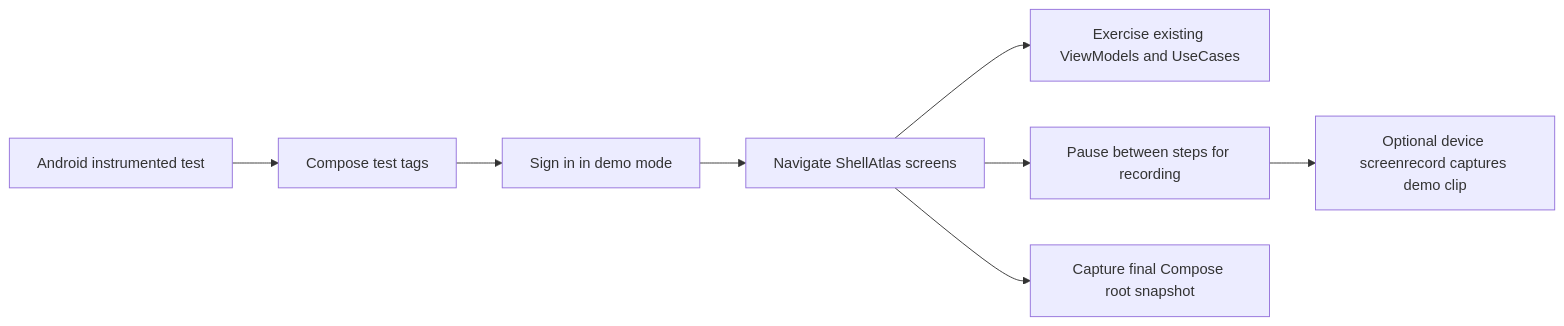
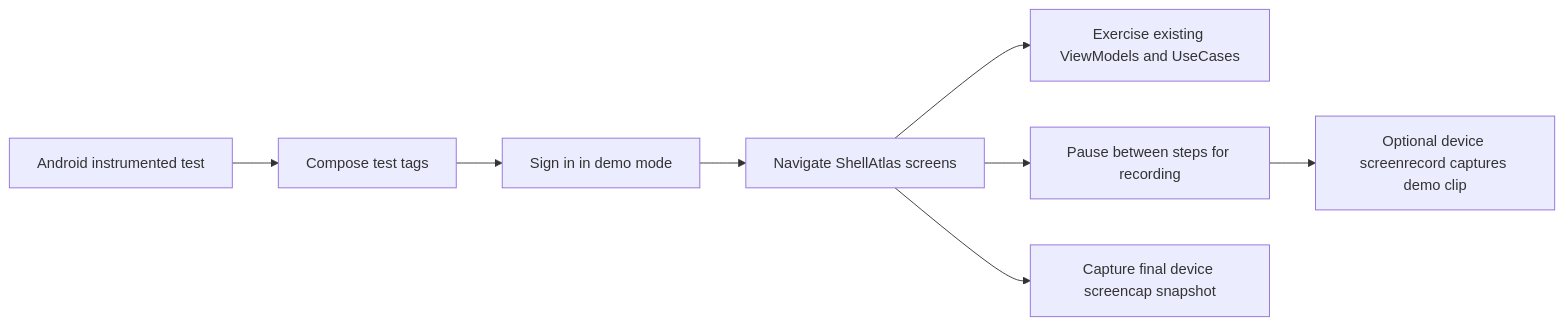
One commit to normansanchezn/ShellAtlas-Doc changed the diagram in obsidian-vault/08-diagrams/Android Demo Test Flow.md. Above: the diagram before and after it, drawn with Mermaid. The commit also changed other lines of this file and 26 other files, not shown here.

````diff
--- a/obsidian-vault/08-diagrams/Android Demo Test Flow.md
+++ b/obsidian-vault/08-diagrams/Android Demo Test Flow.md
@@ -19,10 +19,10 @@
 ```mermaid
 flowchart LR
     A["Android instrumented test"] --> B["Compose test tags"]
     B --> C["Sign in in demo mode"]
     C --> D["Navigate ShellAtlas screens"]
     D --> E["Exercise existing ViewModels and UseCases"]
     D --> F["Pause between steps for recording"]
     F --> G["Optional device screenrecord captures demo clip"]
-    D --> H["Capture final Compose root snapshot"]
+    D --> H["Capture final device screencap snapshot"]
 ```
````
